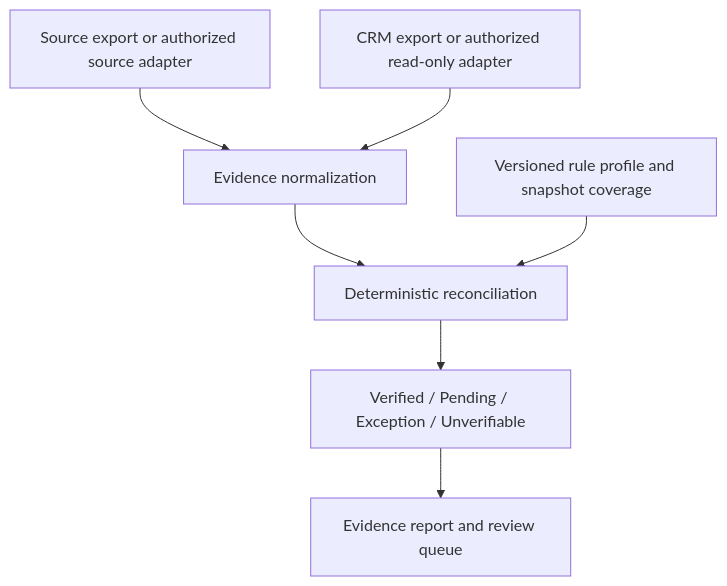
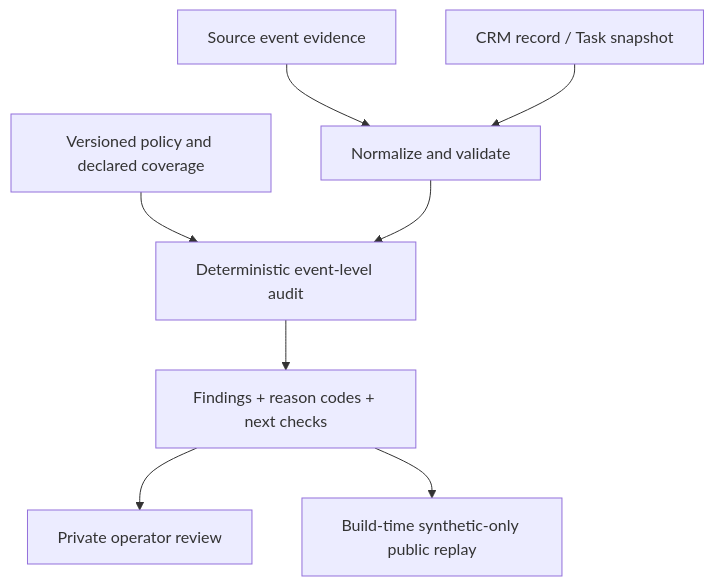
The diagram in projects/revenue-leak-monitor/README.md (mahdi-eqbal/revenue-systems-gtm-engineering-portfolio), drawn with Mermaid before and after one commit. The commit also changed other lines of this file, not shown here.

Commit message:
docs(handofftrace): publish accurate v0.5 public product and pilot status

````diff
--- a/projects/revenue-leak-monitor/README.md
+++ b/projects/revenue-leak-monitor/README.md
@@ -26,9 +50,10 @@
 ```mermaid
 flowchart TD
-    A[Source export or authorized source adapter] --> C[Evidence normalization]
-    B[CRM export or authorized read-only adapter] --> C
-    C --> D[Deterministic reconciliation]
-    E[Versioned rule profile and snapshot coverage] --> D
-    D --> F[Verified / Pending / Exception / Unverifiable]
-    F --> G[Evidence report and review queue]
+    A[Source event evidence] --> C[Normalize and validate]
+    B[CRM record / Task snapshot] --> C
+    P[Versioned policy and declared coverage] --> D[Deterministic event-level audit]
+    C --> D
+    D --> E[Findings + reason codes + next checks]
+    E --> F[Private operator review]
+    E --> G[Build-time synthetic-only public replay]
 ```
````
